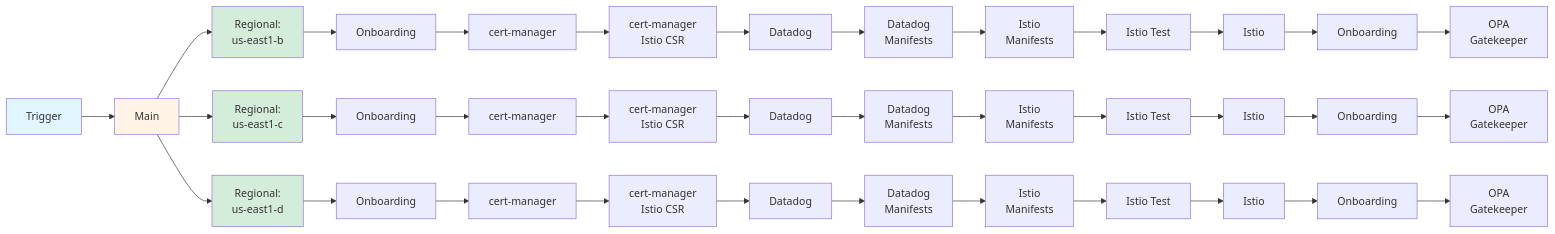
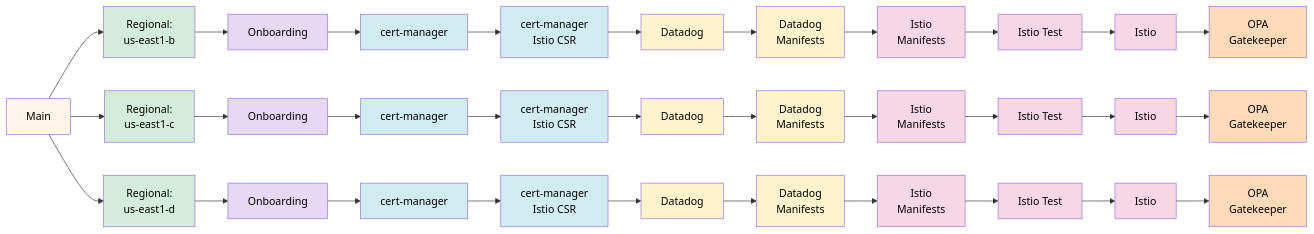
The diagram in README.md (osinfra-io/pt-pneuma), drawn with Mermaid before and after one commit. The commit also changed other lines of this file and 4 other files, not shown here.

Commit message:
Add Mermaid diagram guidelines and update workflow visualization in README

````diff
--- a/README.md
+++ b/README.md
@@ -33,54 +33,76 @@
 ```mermaid
 graph LR
-    A[Trigger] --> B[Main]
+    B[Main]
 
     B --> C1[Regional:<br/>us-east1-b]
     B --> C2[Regional:<br/>us-east1-c]
     B --> C3[Regional:<br/>us-east1-d]
 
     C1 --> D1[Onboarding]
     C2 --> D2[Onboarding]
     C3 --> D3[Onboarding]
 
     D1 --> E1[cert-manager]
     D2 --> E2[cert-manager]
     D3 --> E3[cert-manager]
 
     E1 --> F1[cert-manager<br/>Istio CSR]
     E2 --> F2[cert-manager<br/>Istio CSR]
     E3 --> F3[cert-manager<br/>Istio CSR]
 
     F1 --> G1[Datadog]
     F2 --> G2[Datadog]
     F3 --> G3[Datadog]
 
     G1 --> H1[Datadog<br/>Manifests]
     G2 --> H2[Datadog<br/>Manifests]
     G3 --> H3[Datadog<br/>Manifests]
 
     H1 --> I1[Istio<br/>Manifests]
     H2 --> I2[Istio<br/>Manifests]
     H3 --> I3[Istio<br/>Manifests]
 
     I1 --> J1[Istio Test]
     I2 --> J2[Istio Test]
     I3 --> J3[Istio Test]
 
     J1 --> K1[Istio]
     J2 --> K2[Istio]
     J3 --> K3[Istio]
 
-    K1 --> L1[Onboarding]
-    K2 --> L2[Onboarding]
-    K3 --> L3[Onboarding]
+    K1 --> L1[OPA<br/>Gatekeeper]
+    K2 --> L2[OPA<br/>Gatekeeper]
+    K3 --> L3[OPA<br/>Gatekeeper]
 
-    L1 --> M1[OPA<br/>Gatekeeper]
-    L2 --> M2[OPA<br/>Gatekeeper]
-    L3 --> M3[OPA<br/>Gatekeeper]
-
-    style A fill:#e1f5ff
-    style B fill:#fff4e6
-    style C1 fill:#d4edda
-    style C2 fill:#d4edda
-    style C3 fill:#d4edda
+    style B fill:#fff4e6,color:#000
+    style C1 fill:#d4edda,color:#000
+    style C2 fill:#d4edda,color:#000
+    style C3 fill:#d4edda,color:#000
+    style D1 fill:#e6d9f5,color:#000
+    style D2 fill:#e6d9f5,color:#000
+    style D3 fill:#e6d9f5,color:#000
+    style E1 fill:#d1ecf1,color:#000
+    style E2 fill:#d1ecf1,color:#000
+    style E3 fill:#d1ecf1,color:#000
+    style F1 fill:#d1ecf1,color:#000
+    style F2 fill:#d1ecf1,color:#000
+    style F3 fill:#d1ecf1,color:#000
+    style G1 fill:#fff3cd,color:#000
+    style G2 fill:#fff3cd,color:#000
+    style G3 fill:#fff3cd,color:#000
+    style H1 fill:#fff3cd,color:#000
+    style H2 fill:#fff3cd,color:#000
+    style H3 fill:#fff3cd,color:#000
+    style I1 fill:#f8d7e5,color:#000
+    style I2 fill:#f8d7e5,color:#000
+    style I3 fill:#f8d7e5,color:#000
+    style J1 fill:#f8d7e5,color:#000
+    style J2 fill:#f8d7e5,color:#000
+    style J3 fill:#f8d7e5,color:#000
+    style K1 fill:#f8d7e5,color:#000
+    style K2 fill:#f8d7e5,color:#000
+    style K3 fill:#f8d7e5,color:#000
+    style L1 fill:#ffdab9,color:#000
+    style L2 fill:#ffdab9,color:#000
+    style L3 fill:#ffdab9,color:#000
 ```
````
